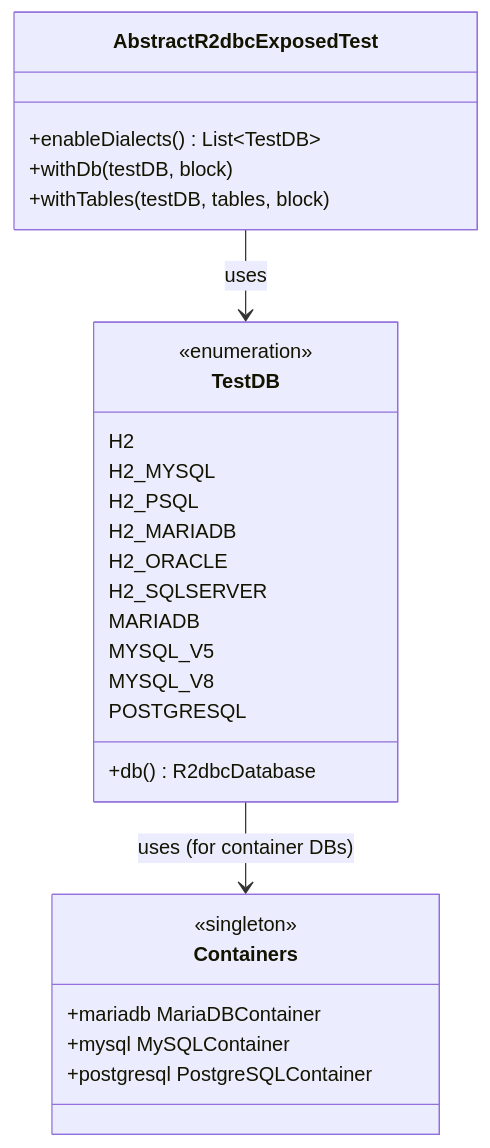
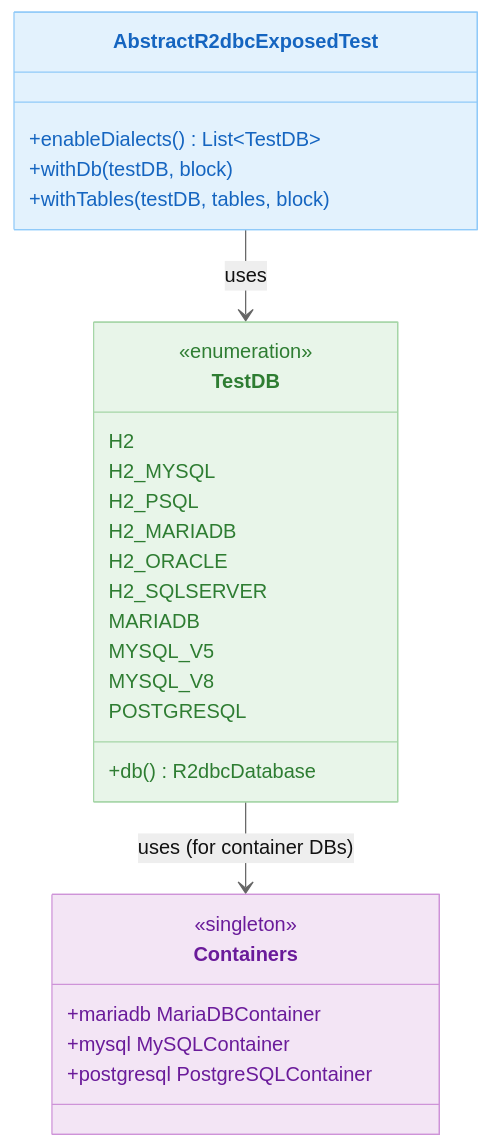
The second of 3 diagrams in 00-shared/exposed-r2dbc-shared/README.md (bluetape4k/exposed-r2dbc-workshop), drawn with Mermaid before and after one commit. The commit also changed other lines of this file and 63 other files, not shown here.

First line of the commit message:
docs: 전 모듈 README Mermaid UML 추가 및 영/한 이중화

````diff
--- a/00-shared/exposed-r2dbc-shared/README.md
+++ b/00-shared/exposed-r2dbc-shared/README.md
@@ -83,33 +105,38 @@
 ```mermaid
+%%{init: {"theme": "neutral"}}%%
 classDiagram
     class AbstractR2dbcExposedTest {
         +enableDialects() List~TestDB~
         +withDb(testDB, block)
         +withTables(testDB, tables, block)
     }
 
     class TestDB {
         <<enumeration>>
         H2
         H2_MYSQL
         H2_PSQL
         H2_MARIADB
         H2_ORACLE
         H2_SQLSERVER
         MARIADB
         MYSQL_V5
         MYSQL_V8
         POSTGRESQL
         +db() R2dbcDatabase
     }
 
     class Containers {
         <<singleton>>
         +mariadb MariaDBContainer
         +mysql MySQLContainer
         +postgresql PostgreSQLContainer
     }
 
     AbstractR2dbcExposedTest --> TestDB: uses
     TestDB --> Containers: uses (for container DBs)
+
+    style AbstractR2dbcExposedTest fill:#E3F2FD,stroke:#90CAF9,color:#1565C0
+    style TestDB fill:#E8F5E9,stroke:#A5D6A7,color:#2E7D32
+    style Containers fill:#F3E5F5,stroke:#CE93D8,color:#6A1B9A
 ```
````
